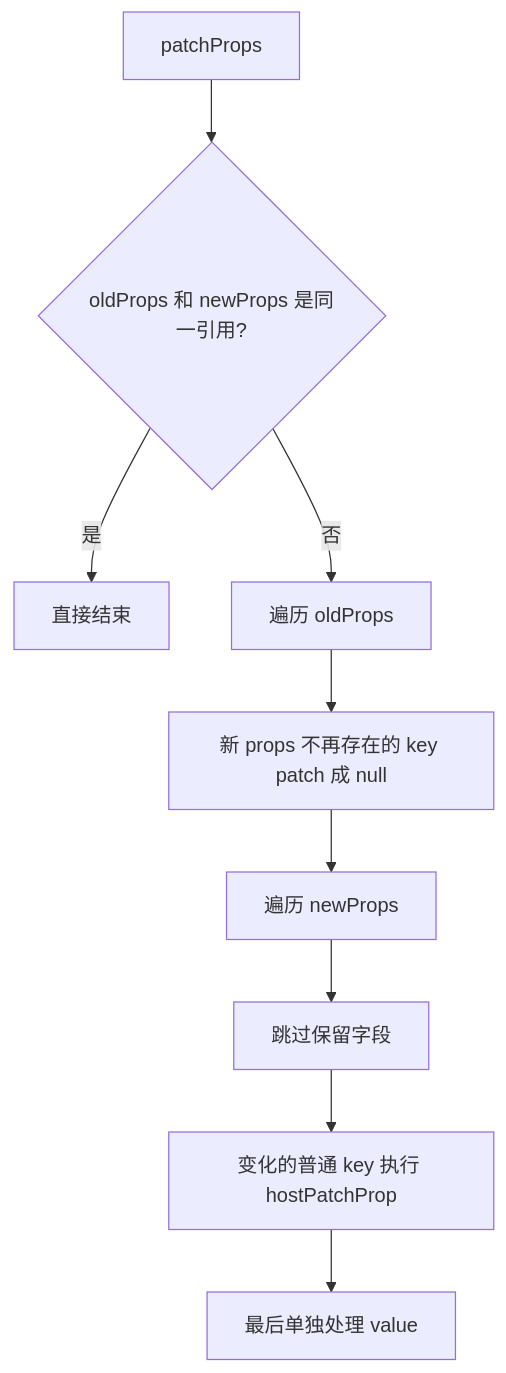
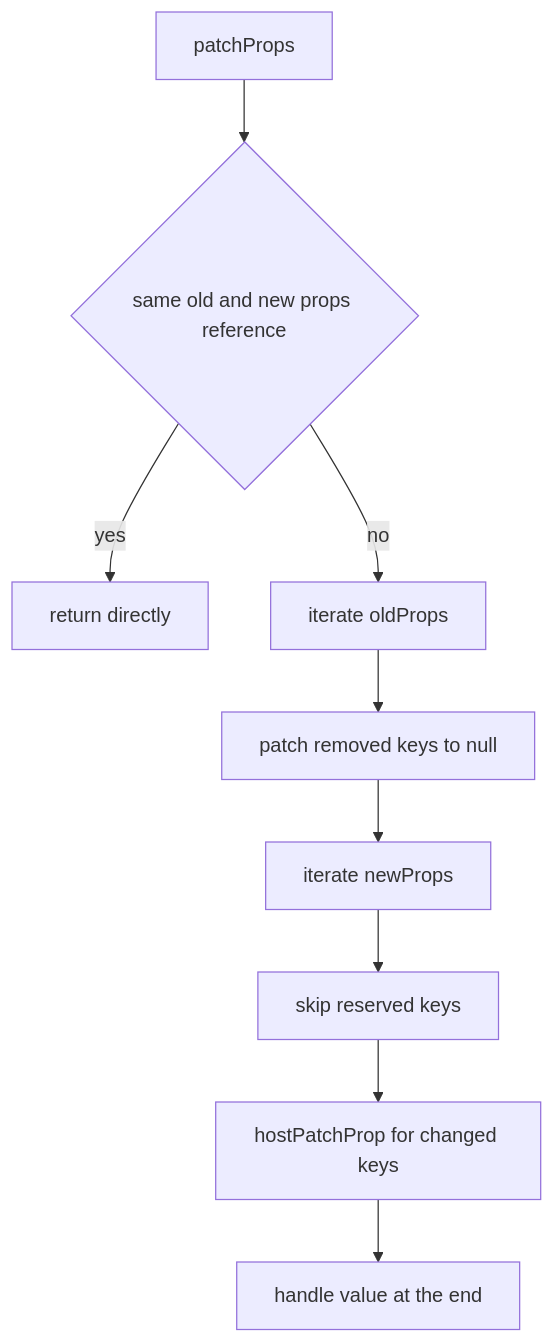
One commit to Tajigaqzh/front_basic changed the diagram in docs/vue/source/runtime-core/patch-props-source-walkthrough.md. Above: the diagram before and after it, drawn with Mermaid. The commit also changed 11 other files, not shown here.

````diff
--- a/docs/vue/source/runtime-core/patch-props-source-walkthrough.md
+++ b/docs/vue/source/runtime-core/patch-props-source-walkthrough.md
@@ -245,11 +245,11 @@
 ```mermaid
 flowchart TD
-  A[patchProps] --> B{oldProps 和 newProps 是同一引用?}
-  B -- 是 --> C[直接结束]
-  B -- 否 --> D[遍历 oldProps]
-  D --> E[新 props 不再存在的 key patch 成 null]
-  E --> F[遍历 newProps]
-  F --> G[跳过保留字段]
-  G --> H[变化的普通 key 执行 hostPatchProp]
-  H --> I[最后单独处理 value]
+  A["patchProps"] --> B{"same old and new props reference"}
+  B -- yes --> C["return directly"]
+  B -- no --> D["iterate oldProps"]
+  D --> E["patch removed keys to null"]
+  E --> F["iterate newProps"]
+  F --> G["skip reserved keys"]
+  G --> H["hostPatchProp for changed keys"]
+  H --> I["handle value at the end"]
 ```
````
